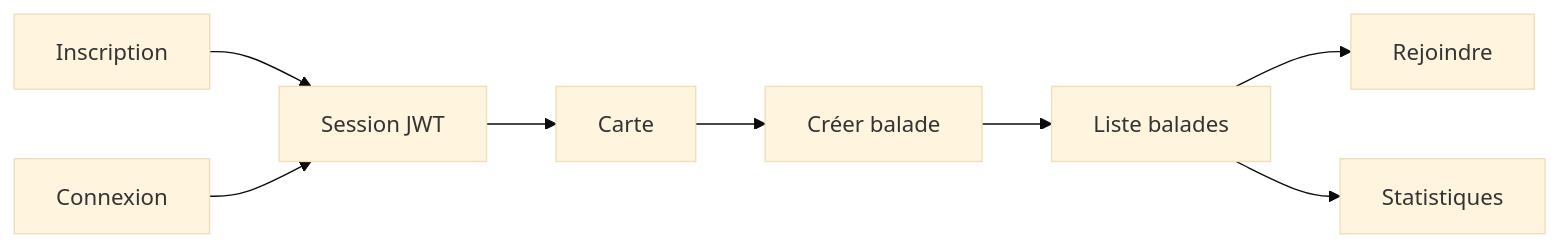
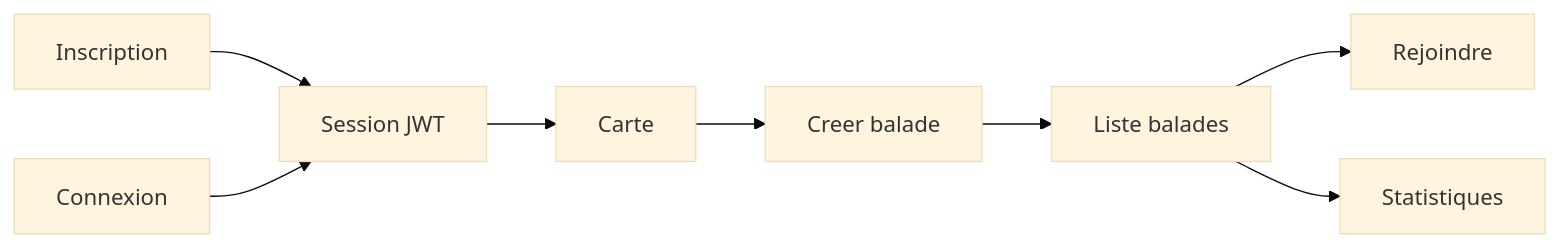
One commit to AnasMahhou10/Velib-Project changed the diagram in docs/00-kickoff-pack/02-product-scope.md. Above: the diagram before and after it, drawn with Mermaid (base theme).

Commit message:
docs: fix Mermaid user flow diagram for GitHub

````diff
--- a/docs/00-kickoff-pack/02-product-scope.md
+++ b/docs/00-kickoff-pack/02-product-scope.md
@@ -44,10 +44,10 @@
 ```mermaid
 flowchart LR
-  R["Inscription"] --> L["Session JWT"]
-  LN["Connexion"] --> L
-  L --> A["Carte"]
-  A --> B["Créer balade"]
-  B --> C["Liste balades"]
-  C --> D["Rejoindre"]
-  C --> E["Statistiques"]
+  register["Inscription"] --> session["Session JWT"]
+  login["Connexion"] --> session
+  session --> carte["Carte"]
+  carte --> creer["Creer balade"]
+  creer --> liste["Liste balades"]
+  liste --> rejoindre["Rejoindre"]
+  liste --> stats["Statistiques"]
 ```
````
